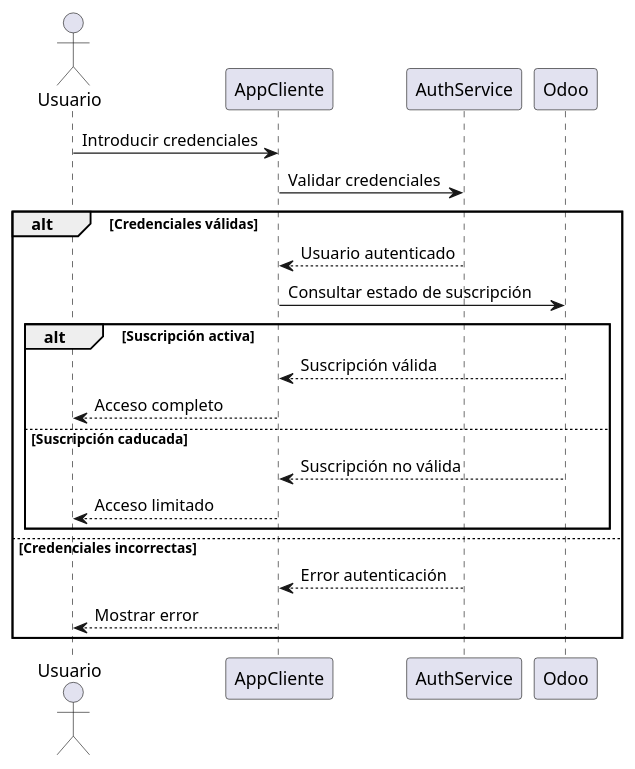
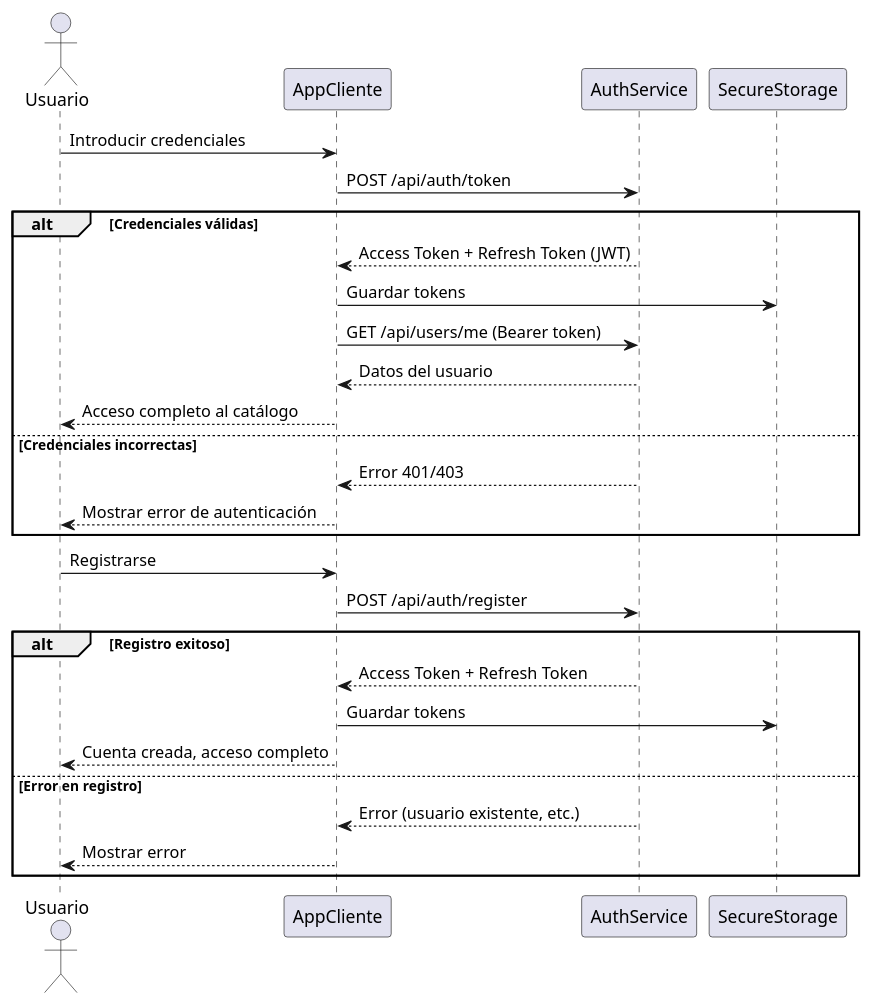
Before and after one commit to ComfyPenguin/Bloste-Docs: the fifth of 9 diagrams in docs/frontend/video_reproductor.md, drawn with PlantUML. The commit also changed other lines of this file and 1 other file, not shown here.

First line of the commit message:
Update video_reproductor.md to reflect blosteflix2 Flutter architecture (#2)

````diff
--- a/docs/frontend/video_reproductor.md
+++ b/docs/frontend/video_reproductor.md
@@ -127,28 +169,35 @@
 ```plantuml
 
 @startuml
 actor Usuario
 participant AppCliente
 participant AuthService
-participant Odoo
+participant SecureStorage
 
 Usuario -> AppCliente : Introducir credenciales
-AppCliente -> AuthService : Validar credenciales
+AppCliente -> AuthService : POST /api/auth/token
 alt Credenciales válidas
-    AuthService --> AppCliente : Usuario autenticado
-    AppCliente -> Odoo : Consultar estado de suscripción
-    alt Suscripción activa
-        Odoo --> AppCliente : Suscripción válida
-        AppCliente --> Usuario : Acceso completo
-    else Suscripción caducada
-        Odoo --> AppCliente : Suscripción no válida
-        AppCliente --> Usuario : Acceso limitado
-    end
+    AuthService --> AppCliente : Access Token + Refresh Token (JWT)
+    AppCliente -> SecureStorage : Guardar tokens
+    AppCliente -> AuthService : GET /api/users/me (Bearer token)
+    AuthService --> AppCliente : Datos del usuario
+    AppCliente --> Usuario : Acceso completo al catálogo
 else Credenciales incorrectas
-    AuthService --> AppCliente : Error autenticación
+    AuthService --> AppCliente : Error 401/403
+    AppCliente --> Usuario : Mostrar error de autenticación
+end
+
+Usuario -> AppCliente : Registrarse
+AppCliente -> AuthService : POST /api/auth/register
+alt Registro exitoso
+    AuthService --> AppCliente : Access Token + Refresh Token
+    AppCliente -> SecureStorage : Guardar tokens
+    AppCliente --> Usuario : Cuenta creada, acceso completo
+else Error en registro
+    AuthService --> AppCliente : Error (usuario existente, etc.)
     AppCliente --> Usuario : Mostrar error
 end
 @enduml
 
 
 ```
````
